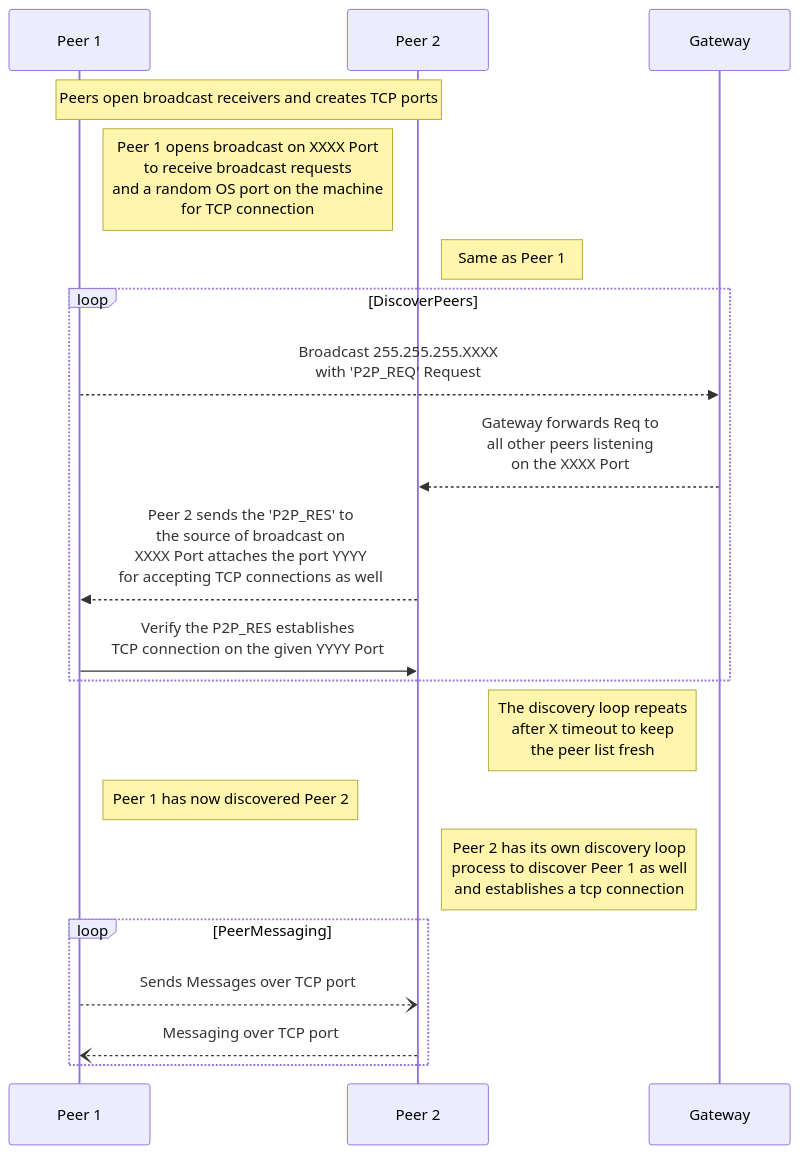
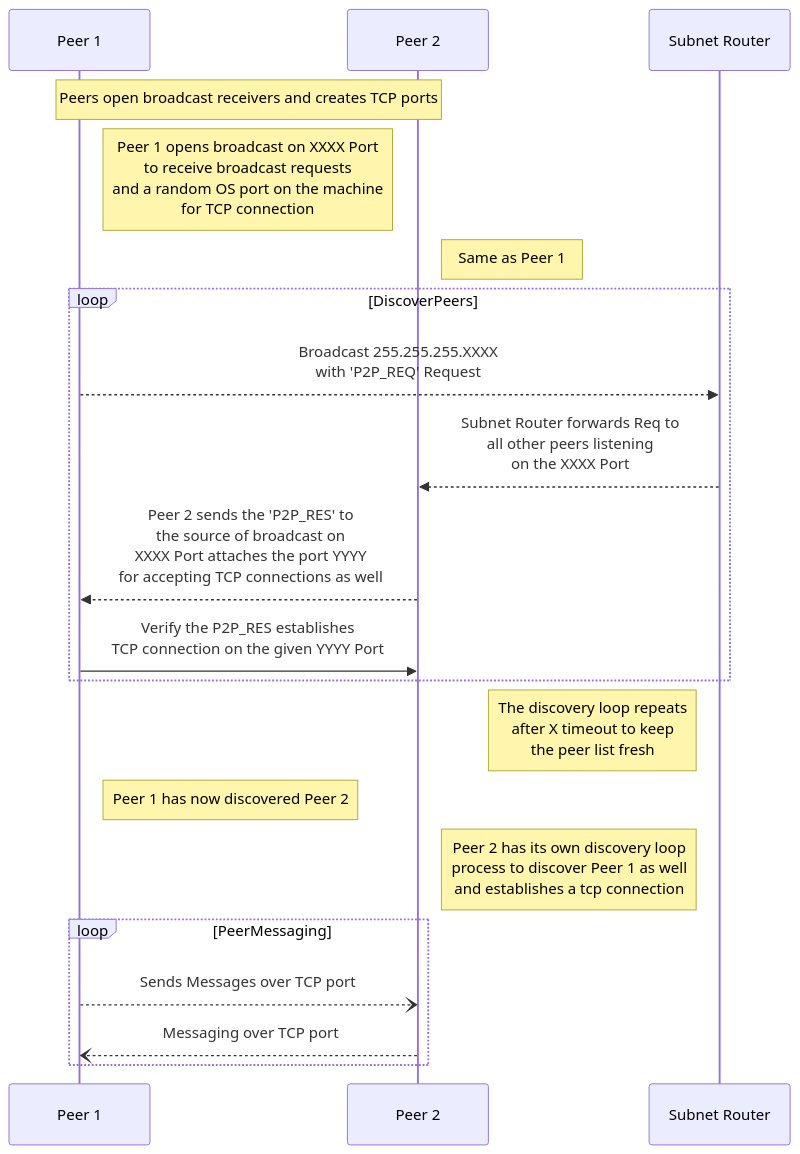
The diagram in readme.md (Arceen/dsystems-2), drawn with Mermaid before and after one commit.

Commit message:
fixed terminology

````diff
--- a/readme.md
+++ b/readme.md
@@ -3,20 +3,20 @@
 ```mermaid
 sequenceDiagram
     Note over Peer 1, Peer 2: Peers open broadcast receivers and creates TCP ports
     Note right of Peer 1: Peer 1 opens broadcast on XXXX Port<br/> to receive broadcast requests<br/> and a random OS port on the machine <br/> for TCP connection
     Note right of Peer 2: Same as Peer 1
     loop DiscoverPeers
-        Peer 1 -->> Gateway: Broadcast 255.255.255.XXXX<br/> with 'P2P_REQ' Request
-        Gateway -->> Peer 2: Gateway forwards Req to<br/> all other peers listening<br/>on the XXXX Port
+        Peer 1 -->> Subnet Router: Broadcast 255.255.255.XXXX<br/> with 'P2P_REQ' Request
+        Subnet Router -->> Peer 2: Subnet Router forwards Req to<br/> all other peers listening<br/>on the XXXX Port
         Peer 2 -->> Peer 1: Peer 2 sends the 'P2P_RES' to<br/> the source of broadcast on<br/> XXXX Port attaches the port YYYY <br/>for accepting TCP connections as well
         Peer 1 ->> Peer 2: Verify the P2P_RES establishes<br/> TCP connection on the given YYYY Port
     end
-    Note left of Gateway: The discovery loop repeats<br/> after X timeout to keep <br/> the peer list fresh
+    Note left of Subnet Router: The discovery loop repeats<br/> after X timeout to keep <br/> the peer list fresh
     Note right of Peer 1: Peer 1 has now discovered Peer 2
     Note right of Peer 2: Peer 2 has its own discovery loop <br/>process to discover Peer 1 as well <br/> and establishes a tcp connection
     loop PeerMessaging
         Peer 1 --) Peer 2: Sends Messages over TCP port
         Peer 2 --) Peer 1: Messaging over TCP port
     end
 
 ```
````
